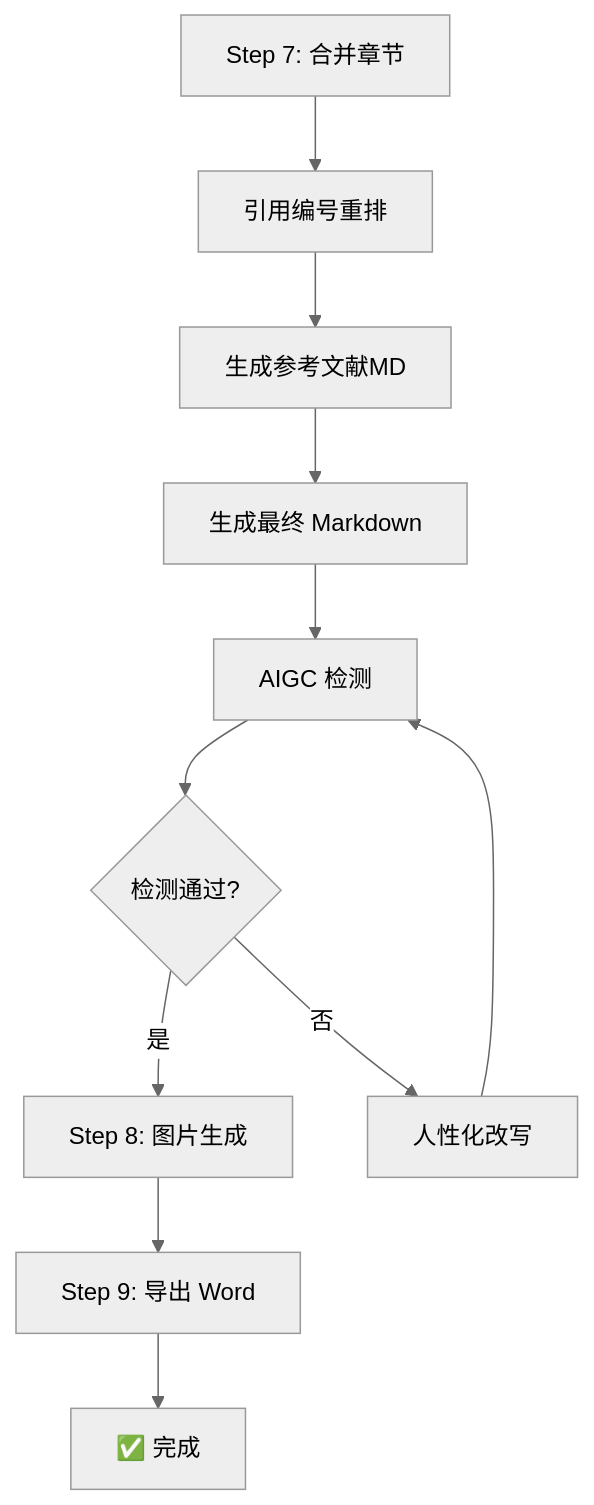
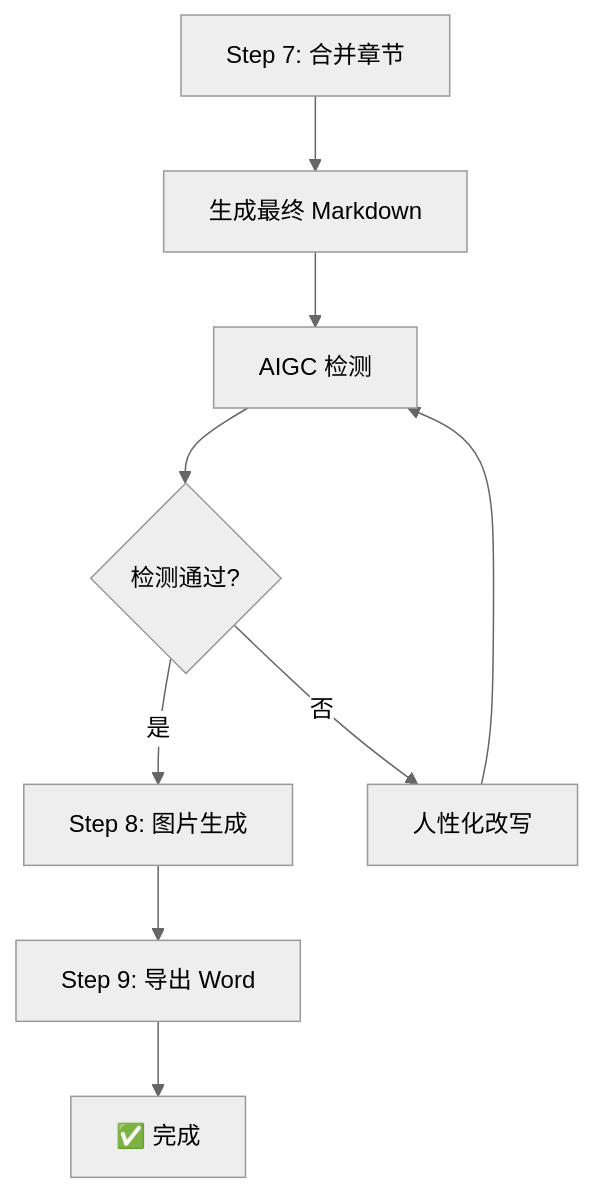
One commit to Stars-OC/thesis-creator changed the diagram in workflows/step_7_merge_detect.md. Above: the diagram before and after it, drawn with Mermaid (neutral theme). The commit also changed other lines of this file and 48 other files, not shown here.

Commit message:
教科书ER图生成

````diff
--- a/workflows/step_7_merge_detect.md
+++ b/workflows/step_7_merge_detect.md
@@ -15,13 +15,11 @@
 ```mermaid
 flowchart TD
-    A[Step 7: 合并章节] --> B[引用编号重排]
-    B --> C[生成参考文献MD]
-    C --> D[生成最终 Markdown]
-    D --> E[AIGC 检测]
-    E --> F{检测通过?}
-    F -->|是| G[Step 8: 图片生成]
-    F -->|否| H[人性化改写]
-    H --> E
-    G --> I[Step 9: 导出 Word]
-    I --> J[✅ 完成]
+    A[Step 7: 合并章节] --> B[生成最终 Markdown]
+    B --> C[AIGC 检测]
+    C --> D{检测通过?}
+    D -->|是| E[Step 8: 图片生成]
+    D -->|否| F[人性化改写]
+    F --> C
+    E --> G[Step 9: 导出 Word]
+    G --> H[✅ 完成]
 ```
````
